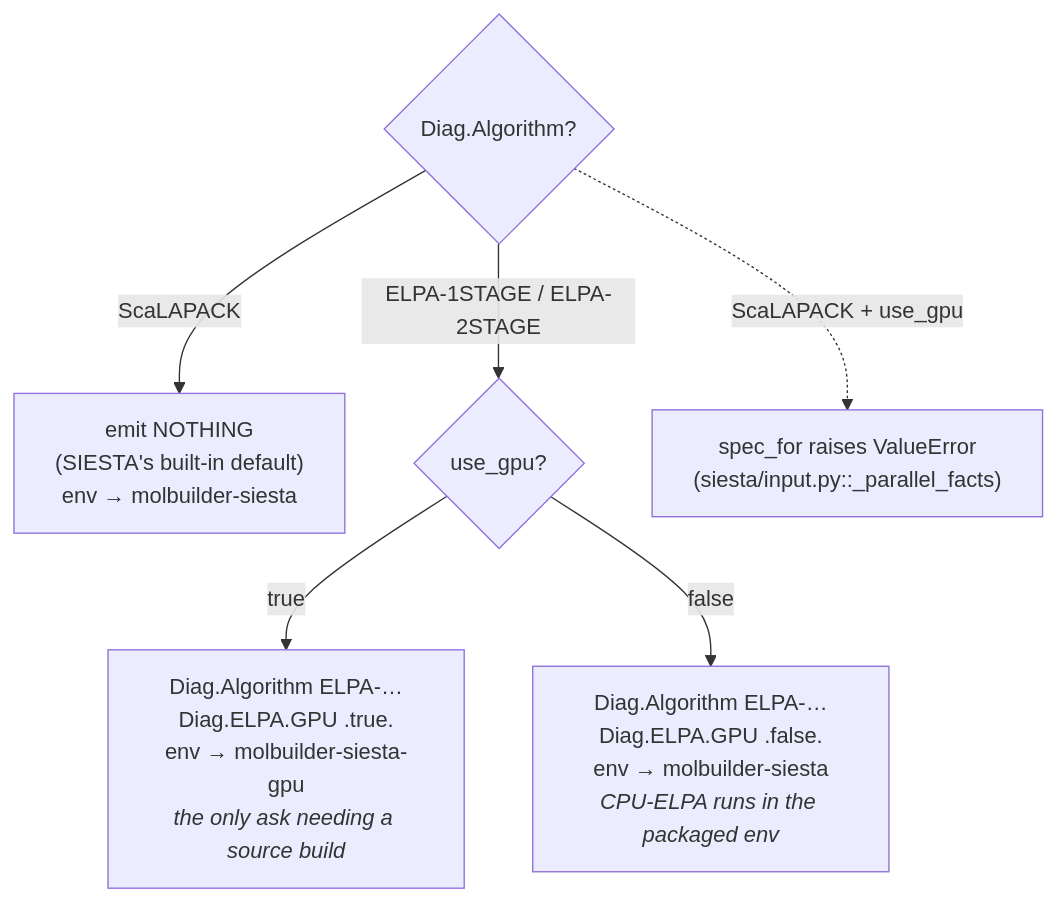
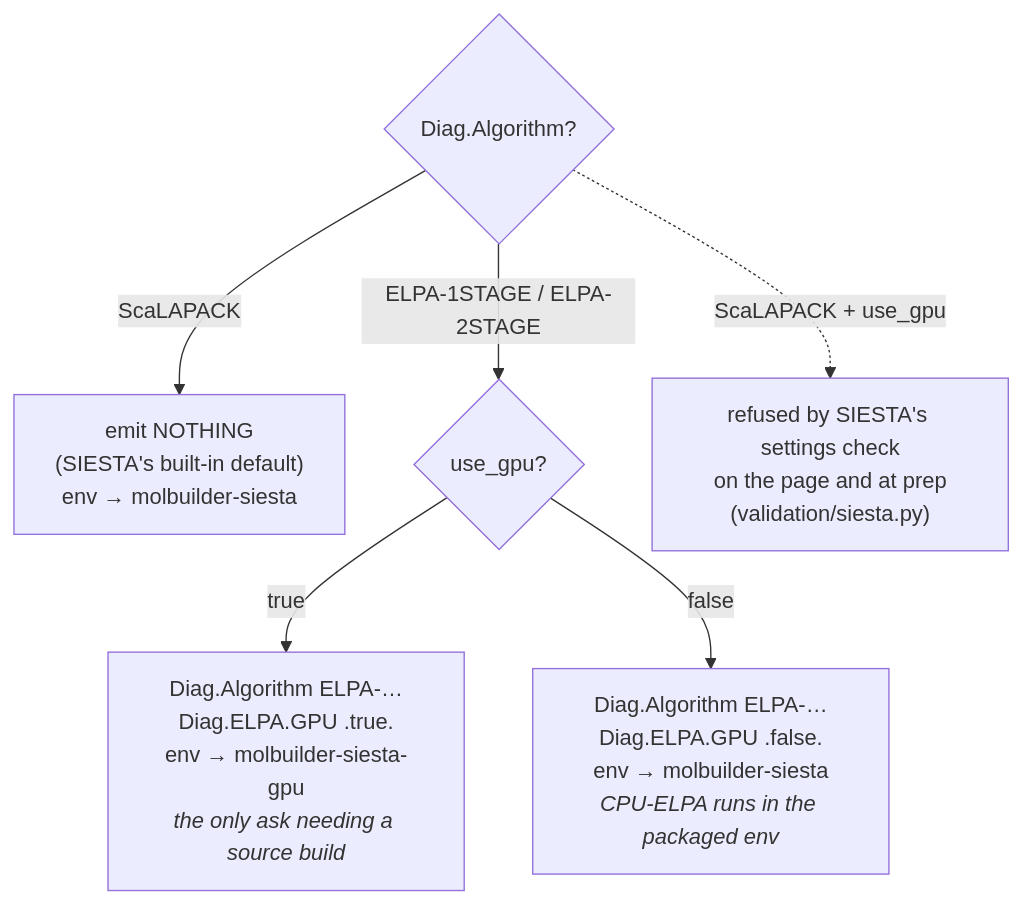
One commit to Qing-LAB/molbuilder changed the third of 3 diagrams in docs/engines/siesta.md. Above: the diagram before and after it, drawn with Mermaid. The commit also changed other lines of this file and 152 other files, not shown here.

````diff
--- a/docs/engines/siesta.md
+++ b/docs/engines/siesta.md
@@ -515,9 +515,9 @@
 ```mermaid
 flowchart TD
     A{"Diag.Algorithm?"}
     A -->|ScaLAPACK| S["emit NOTHING<br/>(SIESTA's built-in default)<br/>env → molbuilder-siesta"]
     A -->|"ELPA-1STAGE / ELPA-2STAGE"| G{"use_gpu?"}
     G -->|"true"| GPU["Diag.Algorithm ELPA-…<br/>Diag.ELPA.GPU .true.<br/>env → molbuilder-siesta-gpu<br/><i>the only ask needing a source build</i>"]
     G -->|"false"| CPU["Diag.Algorithm ELPA-…<br/>Diag.ELPA.GPU .false.<br/>env → molbuilder-siesta<br/><i>CPU-ELPA runs in the packaged env</i>"]
-    A -.->|"ScaLAPACK + use_gpu"| ERR["spec_for raises ValueError<br/>(siesta/input.py::_parallel_facts)"]
+    A -.->|"ScaLAPACK + use_gpu"| ERR["refused by SIESTA's settings check<br/>on the page and at prep<br/>(validation/siesta.py)"]
 ```
````
